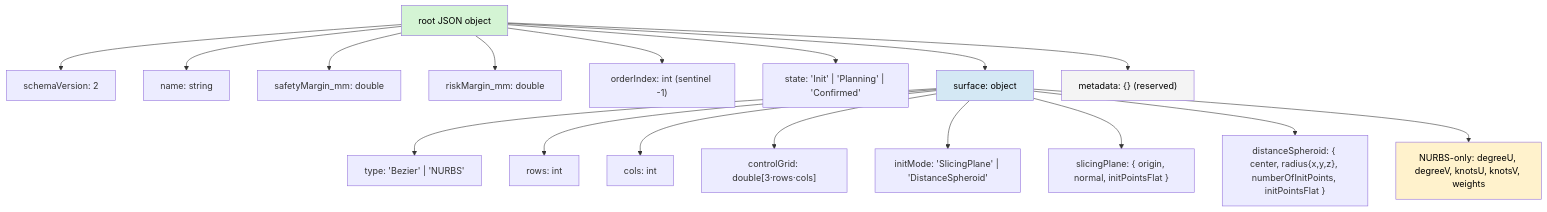
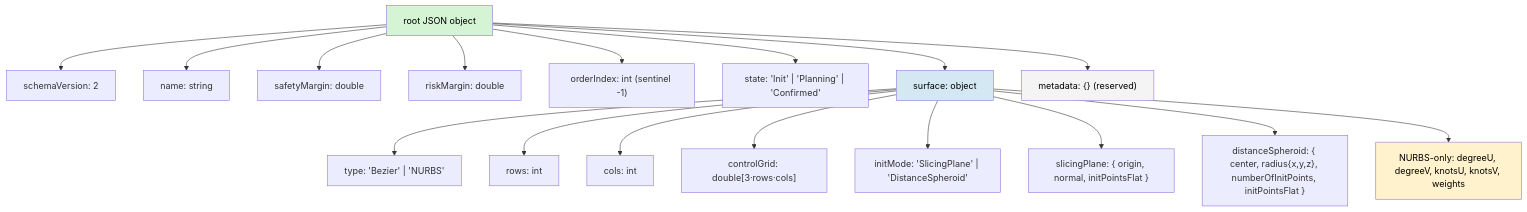
One commit to ALive-research/Slicer-Liver changed the diagram in Docs/design/resection-plan-architecture/05-lrp-json-schema.md. Above: the diagram before and after it, drawn with Mermaid. The commit also changed other lines of this file and 6 other files, not shown here.

````diff
--- a/Docs/design/resection-plan-architecture/05-lrp-json-schema.md
+++ b/Docs/design/resection-plan-architecture/05-lrp-json-schema.md
@@ -17,45 +23,45 @@
 ```mermaid
 graph TB
     root["root JSON object"]
     sv["schemaVersion: 2"]
     name["name: string"]
-    sm["safetyMargin_mm: double"]
-    rm["riskMargin_mm: double"]
+    sm["safetyMargin: double"]
+    rm["riskMargin: double"]
     oi["orderIndex: int (sentinel -1)"]
     state["state: 'Init' | 'Planning' | 'Confirmed'"]
 
     surface["surface: object"]
     stype["type: 'Bezier' | 'NURBS'"]
     srows["rows: int"]
     scols["cols: int"]
     sgrid["controlGrid: double[3·rows·cols]"]
     smode["initMode: 'SlicingPlane' | 'DistanceSpheroid'"]
     splane["slicingPlane: { origin, normal, initPointsFlat }"]
     sspheroid["distanceSpheroid: { center, radius{x,y,z}, numberOfInitPoints, initPointsFlat }"]
     snurbs["NURBS-only: degreeU, degreeV, knotsU, knotsV, weights"]
 
     meta["metadata: {} (reserved)"]
 
     root --> sv
     root --> name
     root --> sm
     root --> rm
     root --> oi
     root --> state
     root --> surface
     root --> meta
 
     surface --> stype
     surface --> srows
     surface --> scols
     surface --> sgrid
     surface --> smode
     surface --> splane
     surface --> sspheroid
     surface --> snurbs
 
     style root fill:#d4f4d4,color:#000
     style surface fill:#d4e8f4,color:#000
     style snurbs fill:#fff2cc,color:#000
     style meta fill:#f4f4f4,color:#000
 ```
````
